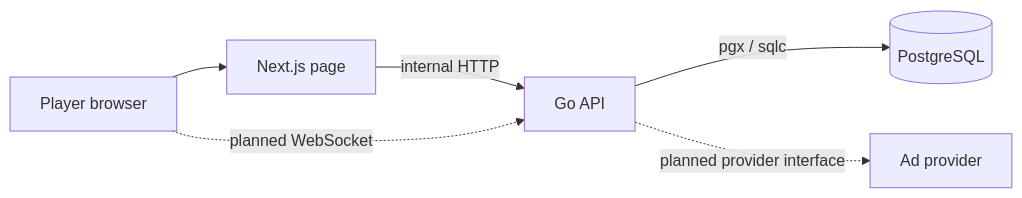
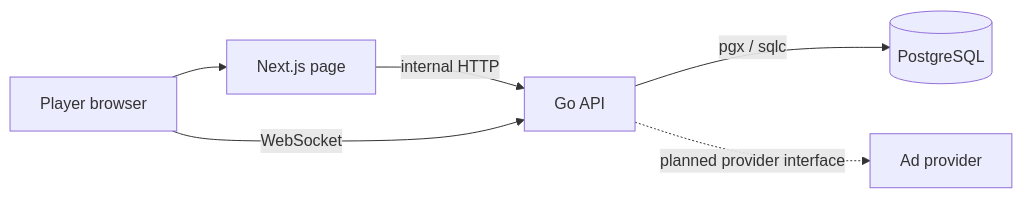
The first of 5 diagrams in docs/ARCHITECTURE.md (noahstew/soc-party), drawn with Mermaid before and after one commit. The commit also changed other lines of this file and 38 other files, not shown here.

Commit message:
feat(api): generate MVP stores and add authenticated room WebSocket actors

````diff
--- a/docs/ARCHITECTURE.md
+++ b/docs/ARCHITECTURE.md
@@ -7,8 +8,8 @@
 ```mermaid
 flowchart LR
   Browser[Player browser] --> Next[Next.js page]
   Next -->|internal HTTP| Go[Go API]
   Go -->|pgx / sqlc| DB[(PostgreSQL)]
-  Browser -. planned WebSocket .-> Go
+  Browser -->|WebSocket| Go
   Go -. planned provider interface .-> Ads[Ad provider]
 ```
````
